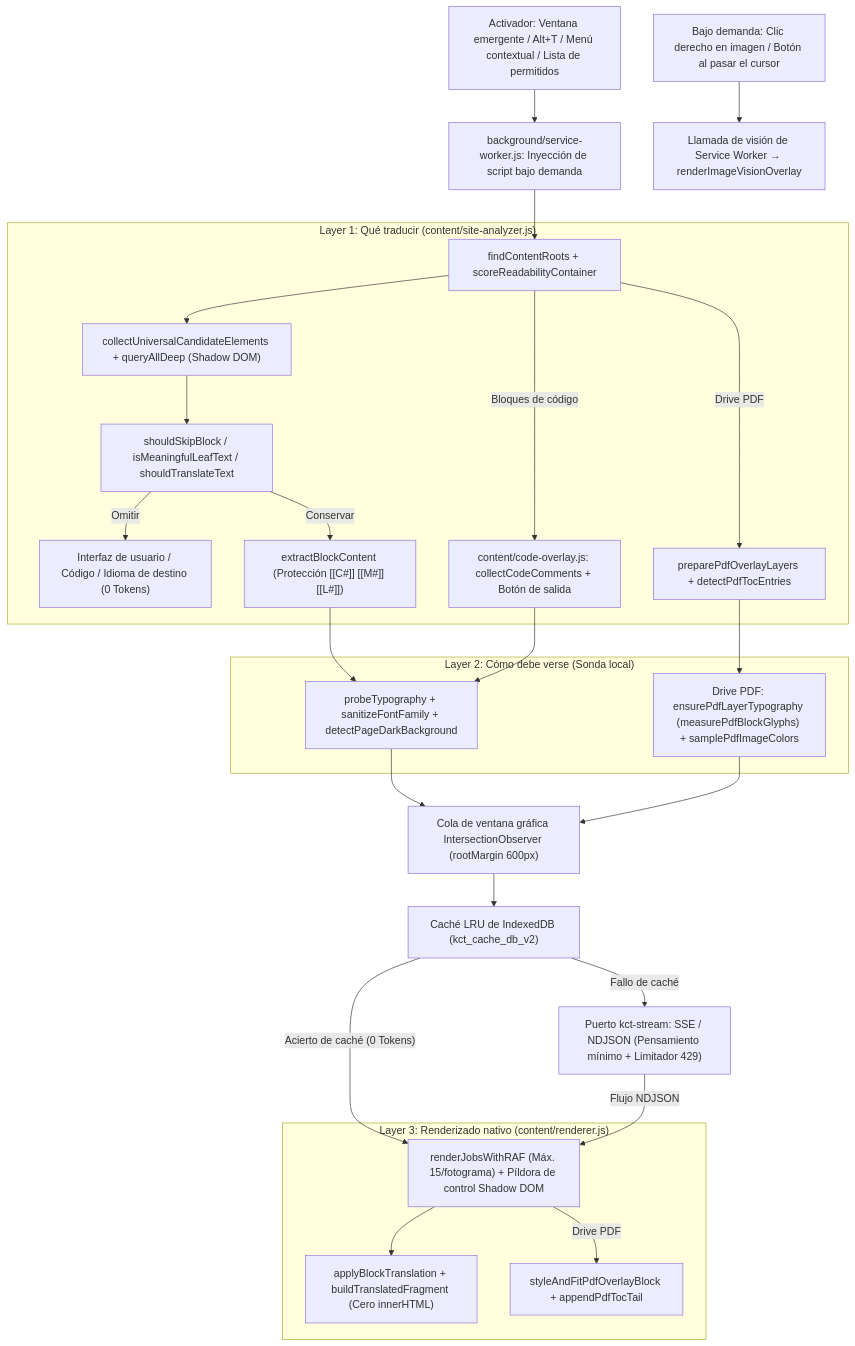
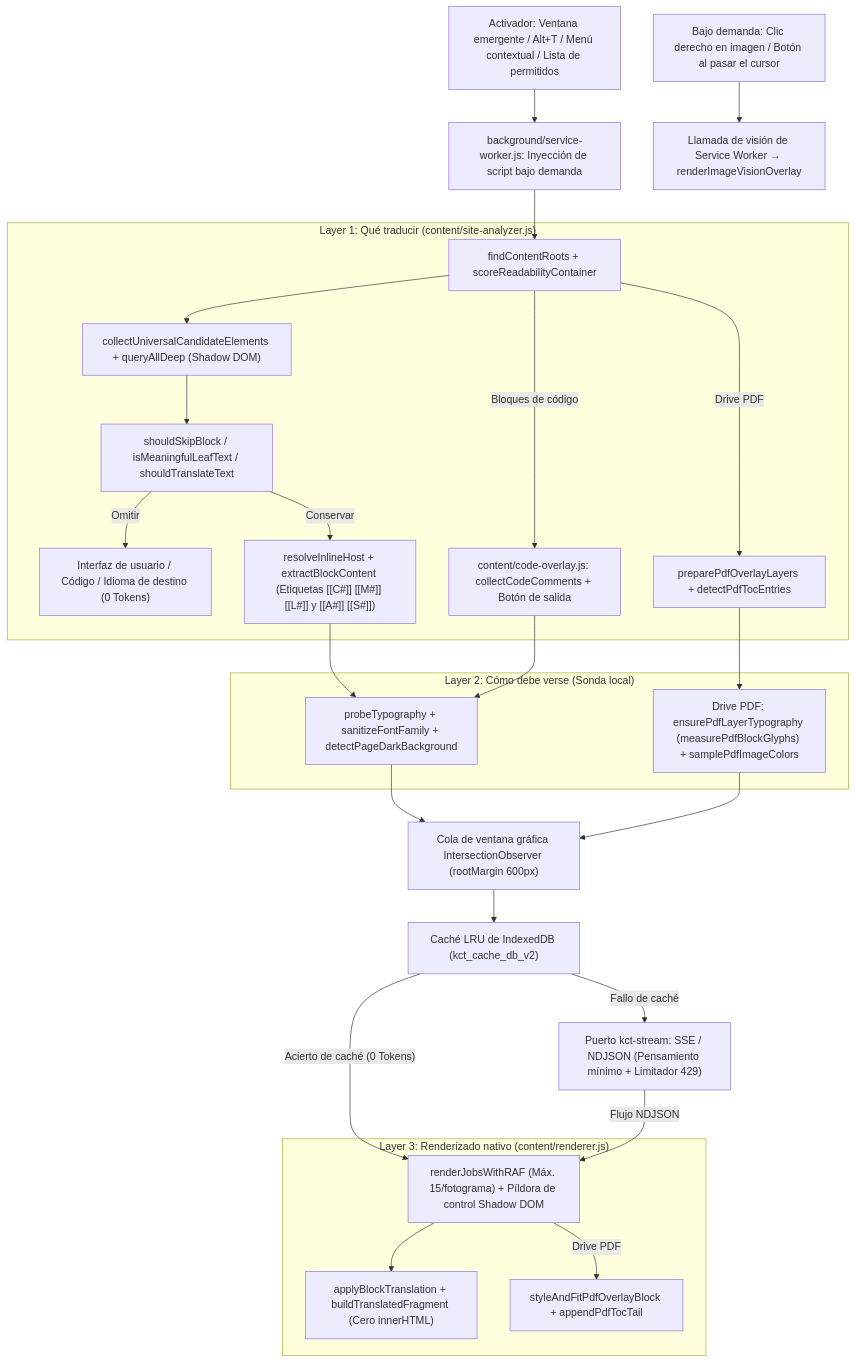
Before and after one commit to Chih-Kai-Wang/kaggle-course-translator: the second of 2 diagrams in README.es.md, drawn with Mermaid. The commit also changed other lines of this file and 47 other files, not shown here.

````diff
--- a/README.es.md
+++ b/README.es.md
@@ -104,39 +126,39 @@
 ```mermaid
 flowchart TD
     A["Activador: Ventana emergente / Alt+T / Menú contextual / Lista de permitidos"] --> B["background/service-worker.js: Inyección de script bajo demanda"]
     B --> C1
 
     subgraph L1["Layer 1: Qué traducir (content/site-analyzer.js)"]
         C1["findContentRoots + scoreReadabilityContainer"]
         C1 --> C2["collectUniversalCandidateElements + queryAllDeep (Shadow DOM)"]
         C2 --> C3["shouldSkipBlock / isMeaningfulLeafText / shouldTranslateText"]
         C3 -->|"Omitir"| SKIP["Interfaz de usuario / Código / Idioma de destino (0 Tokens)"]
-        C3 -->|"Conservar"| C4["extractBlockContent (Protección [[C#]] [[M#]] [[L#]])"]
+        C3 -->|"Conservar"| C4["resolveInlineHost + extractBlockContent (Etiquetas [[C#]] [[M#]] [[L#]] y [[A#]] [[S#]])"]
         C1 -->|"Drive PDF"| C5["preparePdfOverlayLayers + detectPdfTocEntries"]
         C1 -->|"Bloques de código"| C6["content/code-overlay.js: collectCodeComments + Botón de salida"]
     end
 
     subgraph L2["Layer 2: Cómo debe verse (Sonda local)"]
         D1["probeTypography + sanitizeFontFamily + detectPageDarkBackground"]
         D2["Drive PDF: ensurePdfLayerTypography (measurePdfBlockGlyphs) + samplePdfImageColors"]
     end
 
     C4 --> D1
     C6 --> D1
     C5 --> D2
 
     D1 --> Q1["Cola de ventana gráfica IntersectionObserver (rootMargin 600px)"]
     D2 --> Q1
     Q1 --> Q2["Caché LRU de IndexedDB (kct_cache_db_v2)"]
     Q2 -->|"Acierto de caché (0 Tokens)"| R1
     Q2 -->|"Fallo de caché"| Q3["Puerto kct-stream: SSE / NDJSON (Pensamiento mínimo + Limitador 429)"]
     Q3 -->|"Flujo NDJSON"| R1
 
     subgraph L3["Layer 3: Renderizado nativo (content/renderer.js)"]
         R1["renderJobsWithRAF (Máx. 15/fotograma) + Píldora de control Shadow DOM"]
         R1 --> R2["applyBlockTranslation + buildTranslatedFragment (Cero innerHTML)"]
         R1 -->|"Drive PDF"| R3["styleAndFitPdfOverlayBlock + appendPdfTocTail"]
     end
 
     M1["Bajo demanda: Clic derecho en imagen / Botón al pasar el cursor"] --> M2["Llamada de visión de Service Worker → renderImageVisionOverlay"]
 ```
````
